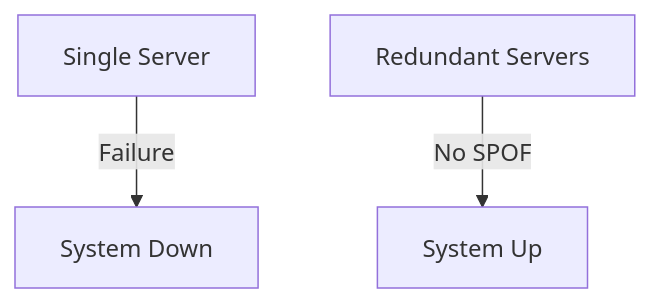
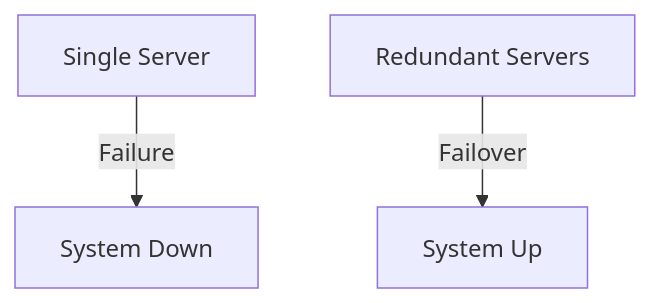
Before and after one commit to kmathanprasath/system-design: diagram 20 of 28 in Day-1-README.md, drawn with Mermaid. The commit also changed other lines of this file, not shown here.

Commit message:
Day 1 of system Design fundamental concepts

````diff
--- a/Day-1-README.md
+++ b/Day-1-README.md
@@ -219,5 +258,5 @@
 ```mermaid
 graph TD;
     A[Single Server] -->|Failure| B[System Down];
-    C[Redundant Servers] -->|No SPOF| D[System Up];
+    C[Redundant Servers] -->|Failover| D[System Up];
 ```
````
